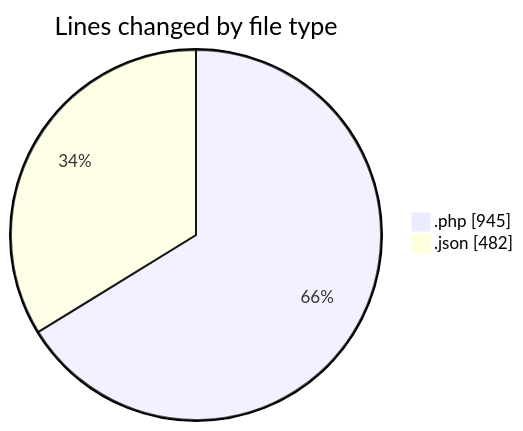
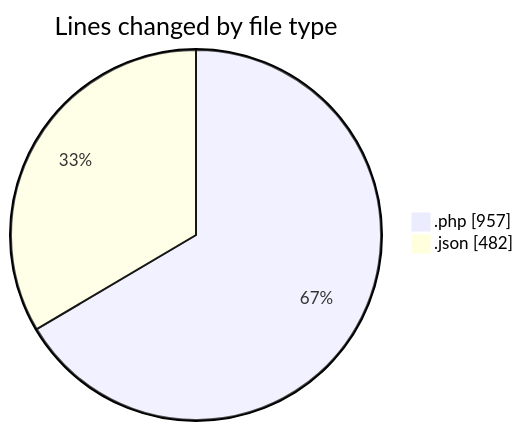
One commit to idhammustaqopulfikri/code-tracking changed the first of 2 diagrams in 2025-03-28/autodidak/README.md. Above: the diagram before and after it, drawn with Mermaid. The commit also changed other lines of this file and 1 other file, not shown here.

````diff
--- a/2025-03-28/autodidak/README.md
+++ b/2025-03-28/autodidak/README.md
@@ -27,6 +27,6 @@
 ```mermaid
 pie showData
 title Lines changed by file type
-".php" : 945
+".php" : 957
 ".json" : 482
 ```
````
